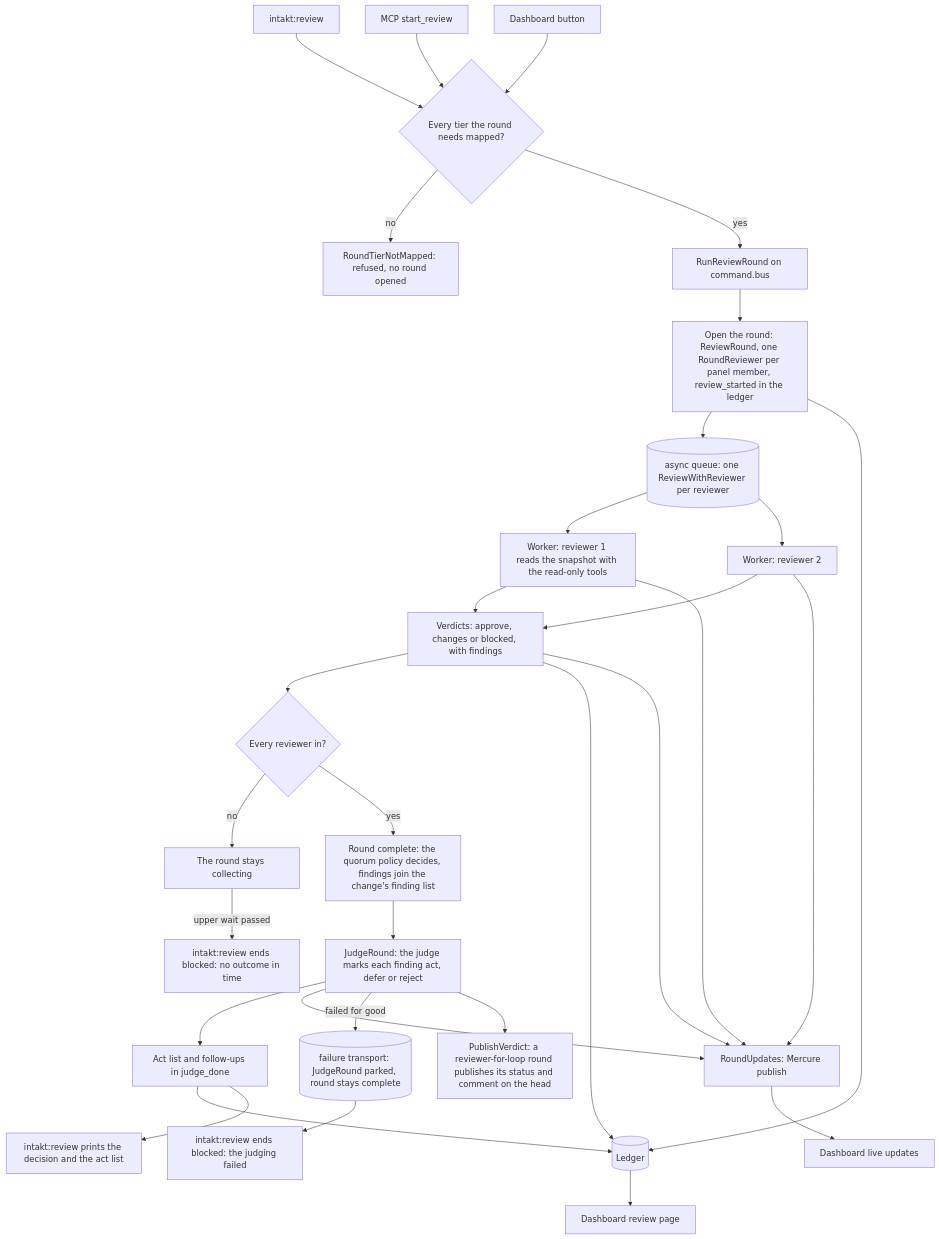
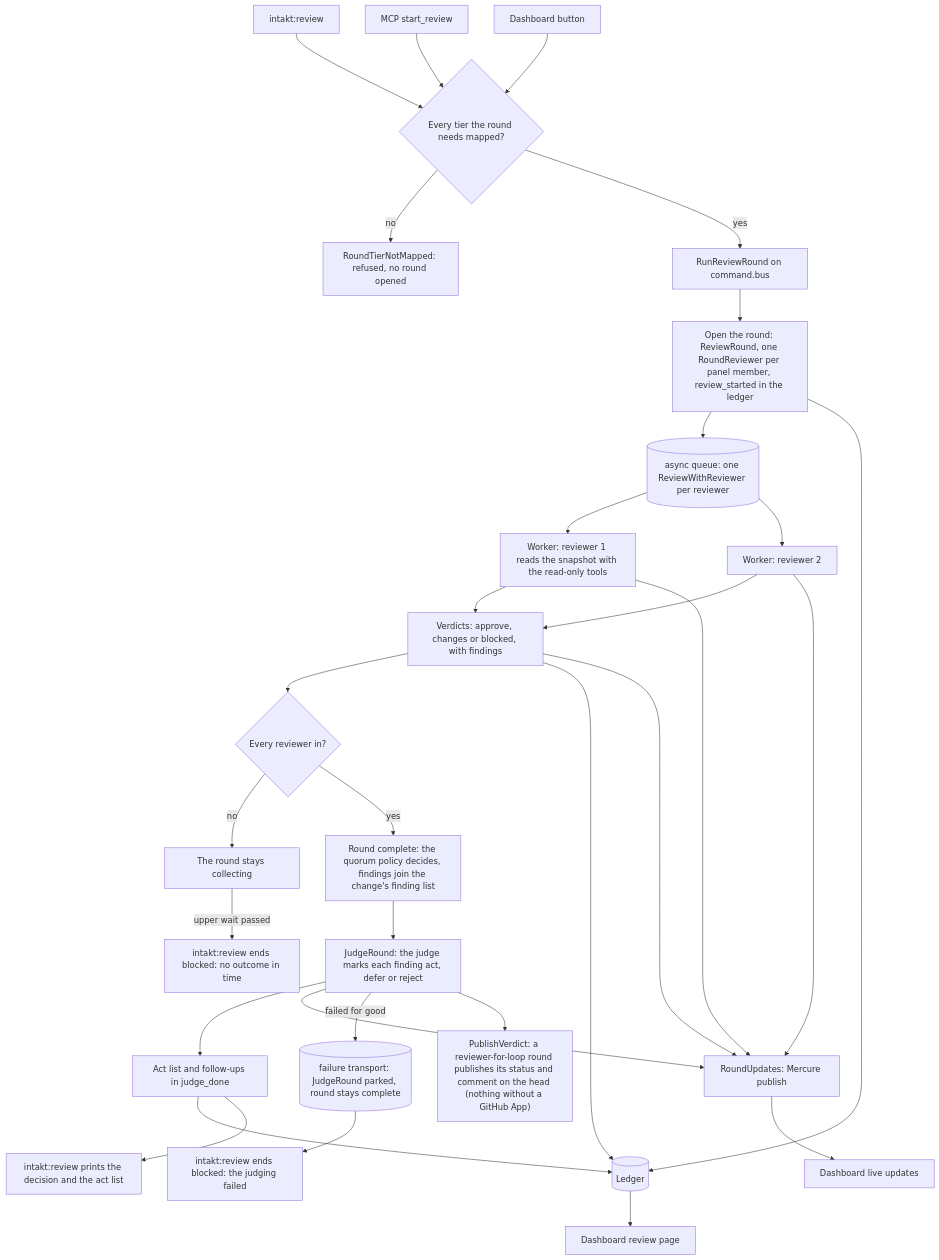
The diagram in docs/architecture/review-flow.md (shinyredapples/intakt), drawn with Mermaid before and after one commit. The commit also changed 4 other files, not shown here.

Commit message:
docs(github-forge): describe verdict publication without a GitHub App

````diff
--- a/docs/architecture/review-flow.md
+++ b/docs/architecture/review-flow.md
@@ -5,32 +5,32 @@
 ```mermaid
 flowchart TD
     cli["intakt:review"] --> start
     mcp["MCP start_review"] --> start
     btn["Dashboard button"] --> start
     start{"Every tier the round needs mapped?"} -->|no| refused["RoundTierNotMapped: refused, no round opened"]
     start -->|yes| run["RunReviewRound on command.bus"] --> open["Open the round: ReviewRound, one RoundReviewer per panel member, review_started in the ledger"]
     open --> queue[("async queue: one ReviewWithReviewer per reviewer")]
     queue --> w1["Worker: reviewer 1 reads the snapshot with the read-only tools"]
     queue --> w2["Worker: reviewer 2"]
     w1 --> verdicts["Verdicts: approve, changes or blocked, with findings"]
     w2 --> verdicts
     verdicts --> complete{"Every reviewer in?"}
     complete -->|no| wait["The round stays collecting"]
     complete -->|yes| quorum["Round complete: the quorum policy decides, findings join the change's finding list"]
     quorum --> judge["JudgeRound: the judge marks each finding act, defer or reject"]
     judge --> act["Act list and follow-ups in judge_done"]
     act --> ledger[("Ledger")]
     open --> ledger
     verdicts --> ledger
     ledger --> dash["Dashboard review page"]
     w1 --> updates["RoundUpdates: Mercure publish"]
     w2 --> updates
     verdicts --> updates
     judge --> updates
     updates --> live["Dashboard live updates"]
     act --> out["intakt:review prints the decision and the act list"]
     judge -->|failed for good| failed[("failure transport: JudgeRound parked, round stays complete")]
     failed --> outFailed["intakt:review ends blocked: the judging failed"]
     wait -->|upper wait passed| outLate["intakt:review ends blocked: no outcome in time"]
-    judge --> publish["PublishVerdict: a reviewer-for-loop round publishes its status and comment on the head"]
+    judge --> publish["PublishVerdict: a reviewer-for-loop round publishes its status and comment on the head (nothing without a GitHub App)"]
 ```
````
